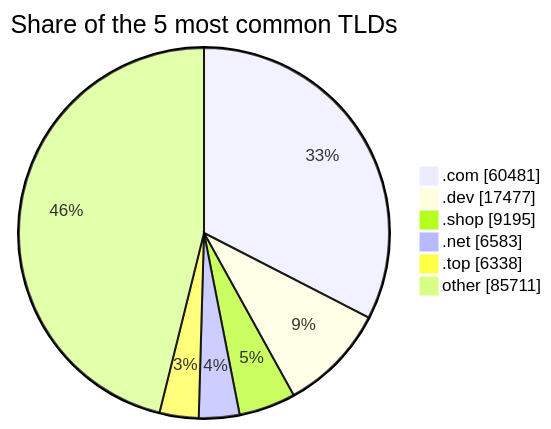
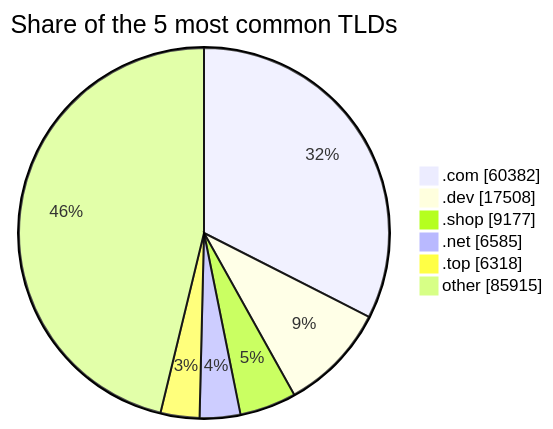
The third of 3 diagrams in README.md (DNSBunker/CTI), drawn with Mermaid before and after one commit. The commit also changed other lines of this file and 3 other files, not shown here.

````diff
--- a/README.md
+++ b/README.md
@@ -81,9 +81,9 @@
 ```mermaid
 pie showData title Share of the 5 most common TLDs
-    ".com" : 60481
-    ".dev" : 17477
-    ".shop" : 9195
-    ".net" : 6583
-    ".top" : 6338
-    "other" : 85711
+    ".com" : 60382
+    ".dev" : 17508
+    ".shop" : 9177
+    ".net" : 6585
+    ".top" : 6318
+    "other" : 85915
 ```
````
